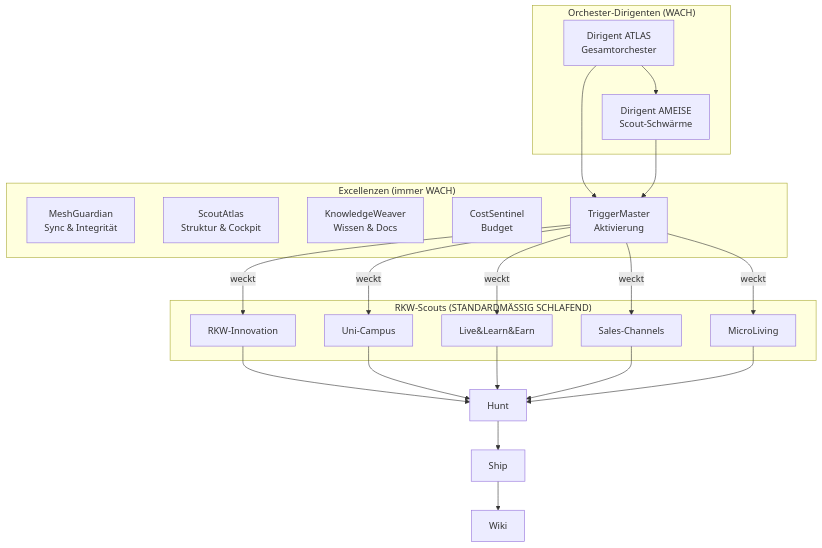
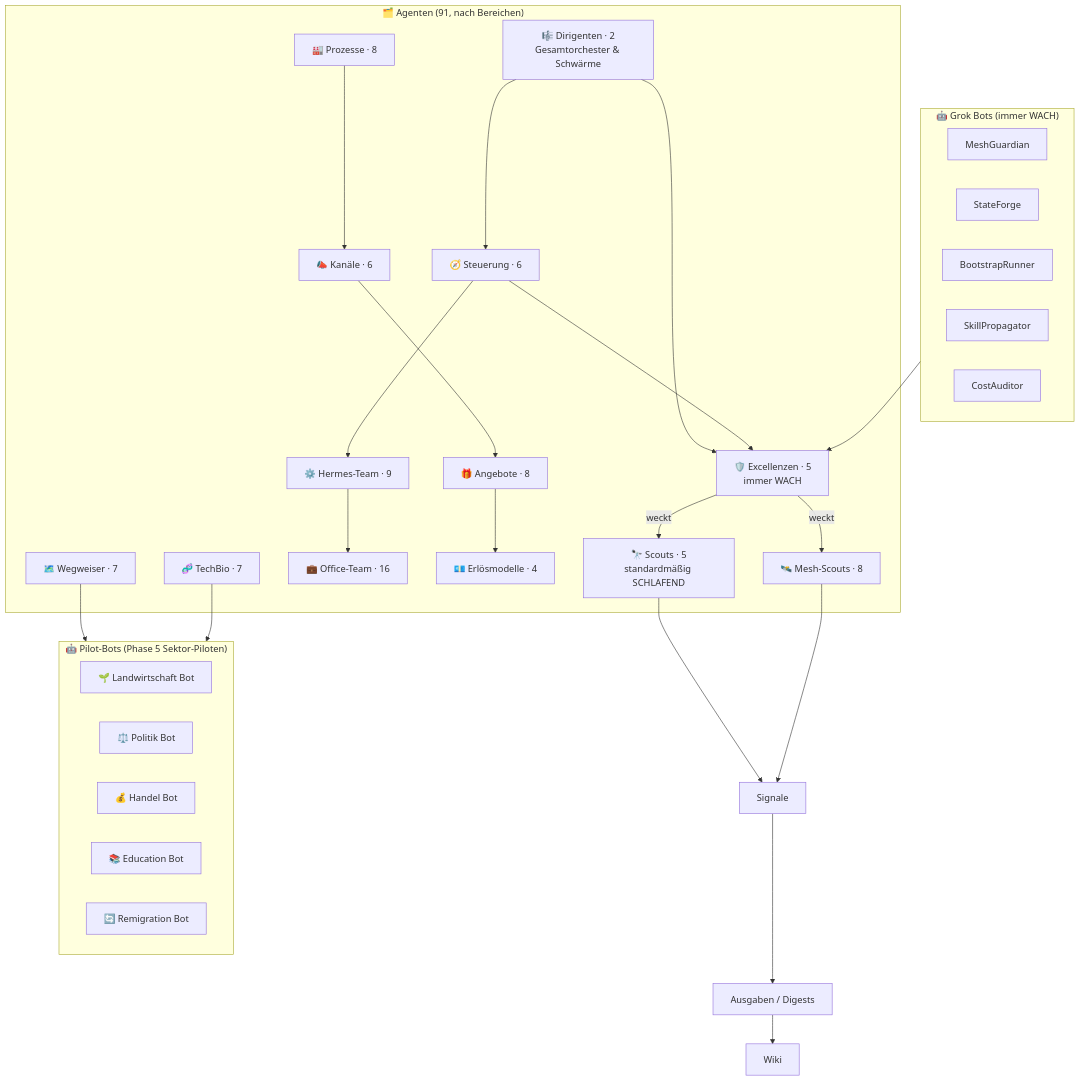
Before and after one commit to Rosary-mom/worldmonitor: the diagram in public/rosary-atlas/00-Organigramm-Mermaid.md, drawn with Mermaid. The commit also changed other lines of this file and 5 other files, not shown here.

````diff
--- a/public/rosary-atlas/00-Organigramm-Mermaid.md
+++ b/public/rosary-atlas/00-Organigramm-Mermaid.md
@@ -3,41 +5,52 @@
 ```mermaid
 graph TD
-    subgraph Excellenzen["Excellenzen (immer WACH)"]
-        MG[MeshGuardian<br/>Sync & Integrität]
-        SA[ScoutAtlas<br/>Struktur & Cockpit]
-        KW[KnowledgeWeaver<br/>Wissen & Docs]
-        CS[CostSentinel<br/>Budget]
-        TM[TriggerMaster<br/>Aktivierung]
+    subgraph GrokBots["🤖 Grok Bots (immer WACH)"]
+        GB1[MeshGuardian]
+        GB2[StateForge]
+        GB3[BootstrapRunner]
+        GB4[SkillPropagator]
+        GB5[CostAuditor]
     end
 
-    subgraph Dirigenten["Orchester-Dirigenten (WACH)"]
-        ATLAS[Dirigent ATLAS<br/>Gesamtorchester]
-        AMEISE[Dirigent AMEISE<br/>Scout-Schwärme]
+    subgraph PilotBots["🤖 Pilot-Bots (Phase 5 Sektor-Piloten)"]
+        PB1[🌱 Landwirtschaft Bot]
+        PB2[⚖️ Politik Bot]
+        PB3[💰 Handel Bot]
+        PB4[📚 Education Bot]
+        PB5[🔄 Remigration Bot]
     end
 
-    subgraph Scouts["RKW-Scouts (STANDARDMÄSSIG SCHLAFEND)"]
-        RKW[RKW-Innovation]
-        UNI[Uni-Campus]
-        LLE[Live&Learn&Earn]
-        SC[Sales-Channels]
-        ML[MicroLiving]
+    subgraph Agenten["🗂️ Agenten (91, nach Bereichen)"]
+        EX["🛡️ Excellenzen · 5<br/>immer WACH"]
+        DI["🎼 Dirigenten · 2<br/>Gesamtorchester & Schwärme"]
+        ST["🧭 Steuerung · 6"]
+        SC["🔭 Scouts · 5<br/>standardmäßig SCHLAFEND"]
+        MS["🛰️ Mesh-Scouts · 8"]
+        HT["⚙️ Hermes-Team · 9"]
+        OT["💼 Office-Team · 16"]
+        PR["🏭 Prozesse · 8"]
+        KA["📣 Kanäle · 6"]
+        AN["🎁 Angebote · 8"]
+        ER["💶 Erlösmodelle · 4"]
+        WE["🗺️ Wegweiser · 7"]
+        TB["🧬 TechBio · 7"]
     end
 
-    ATLAS --> AMEISE
-    ATLAS --> TM
-    AMEISE --> TM
-    TM -->|weckt| RKW
-    TM -->|weckt| UNI
-    TM -->|weckt| LLE
-    TM -->|weckt| SC
-    TM -->|weckt| ML
-
-    RKW --> Hunt
-    UNI --> Hunt
-    LLE --> Hunt
-    SC --> Hunt
-    ML --> Hunt
-
-    Hunt --> Ship
-    Ship --> Wiki
+    DI --> ST
+    DI --> EX
+    ST --> EX
+    EX -->|weckt| SC
+    EX -->|weckt| MS
+    GrokBots --> EX
+    ST --> HT
+    HT --> OT
+    SC --> SIG[Signale]
+    MS --> SIG
+    SIG --> SHIP[Ausgaben / Digests]
+    SHIP --> WIKI[Wiki]
+    PR --> KA
+    KA --> AN
+    AN --> ER
+    WE --> PilotBots
+    TB --> PilotBots
 ```
````
